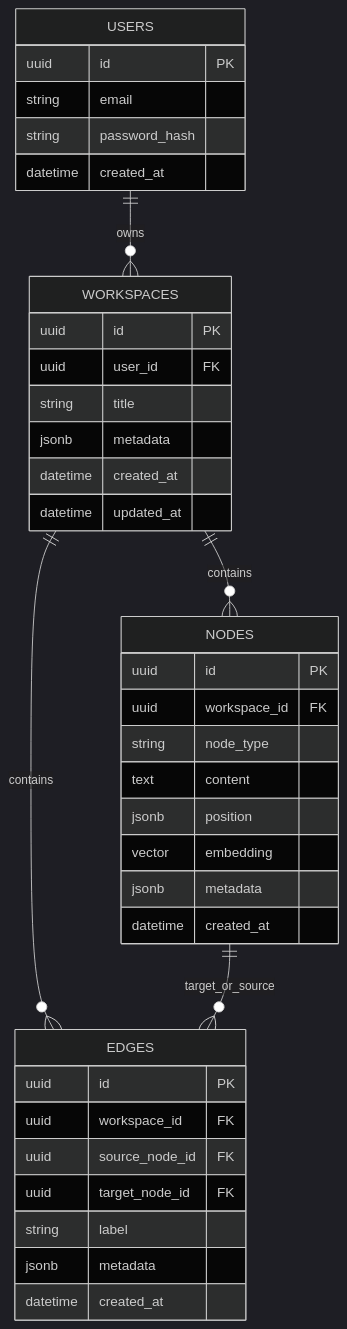
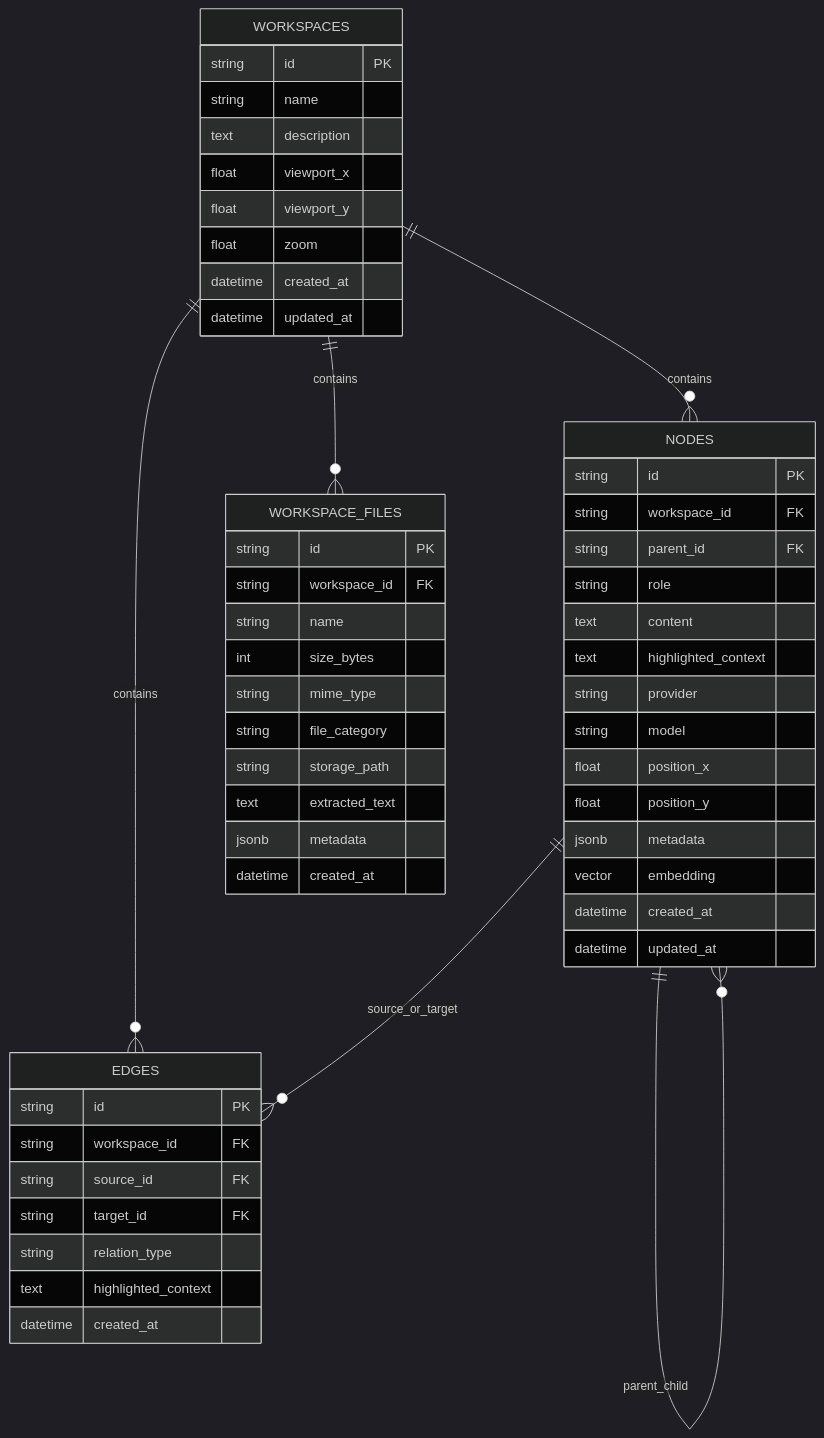
One commit to beingbalveer/GraphMind changed the second of 4 diagrams in docs/ARCHITECTURE.md. Above: the diagram before and after it, drawn with Mermaid (dark theme). The commit also changed other lines of this file and 8 other files, not shown here.

Commit message:
docs: update READMEs, architecture specs, and roadmap metadata

````diff
--- a/docs/ARCHITECTURE.md
+++ b/docs/ARCHITECTURE.md
@@ -88,44 +93,59 @@
 ```mermaid
 erDiagram
-    USERS ||--o{ WORKSPACES : owns
     WORKSPACES ||--o{ NODES : contains
     WORKSPACES ||--o{ EDGES : contains
-    NODES ||--o{ EDGES : target_or_source
-
-    USERS {
-        uuid id PK
-        string email
-        string password_hash
-        datetime created_at
-    }
+    WORKSPACES ||--o{ WORKSPACE_FILES : contains
+    NODES ||--o{ EDGES : source_or_target
+    NODES ||--o{ NODES : parent_child
 
     WORKSPACES {
-        uuid id PK
-        uuid user_id FK
-        string title
-        jsonb metadata
+        string id PK
+        string name
+        text description
+        float viewport_x
+        float viewport_y
+        float zoom
         datetime created_at
         datetime updated_at
     }
 
     NODES {
-        uuid id PK
-        uuid workspace_id FK
-        string node_type
+        string id PK
+        string workspace_id FK
+        string parent_id FK
+        string role
         text content
-        jsonb position
+        text highlighted_context
+        string provider
+        string model
+        float position_x
+        float position_y
+        jsonb metadata
         vector embedding
-        jsonb metadata
+        datetime created_at
+        datetime updated_at
+    }
+
+    EDGES {
+        string id PK
+        string workspace_id FK
+        string source_id FK
+        string target_id FK
+        string relation_type
+        text highlighted_context
         datetime created_at
     }
 
-    EDGES {
-        uuid id PK
-        uuid workspace_id FK
-        uuid source_node_id FK
-        uuid target_node_id FK
-        string label
+    WORKSPACE_FILES {
+        string id PK
+        string workspace_id FK
+        string name
+        int size_bytes
+        string mime_type
+        string file_category
+        string storage_path
+        text extracted_text
         jsonb metadata
         datetime created_at
     }
 ```
````
